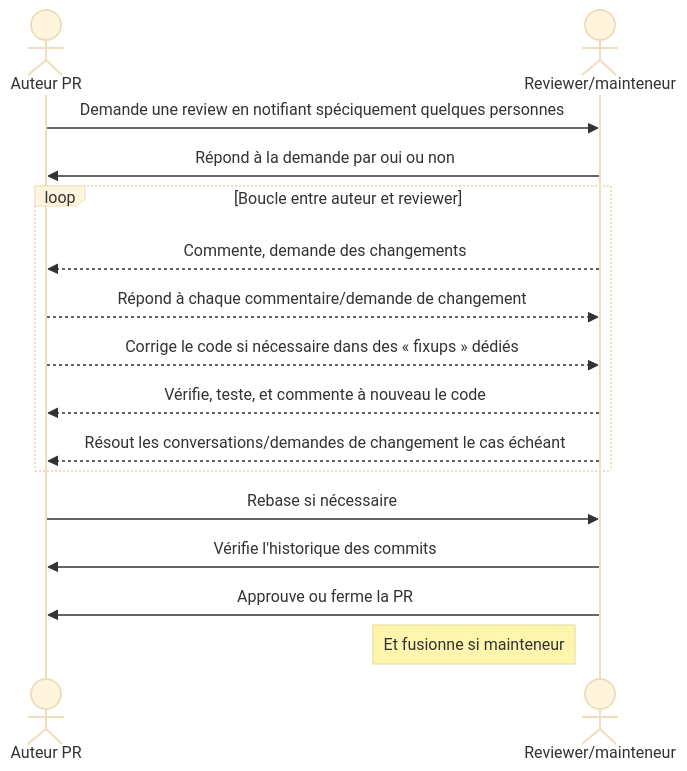
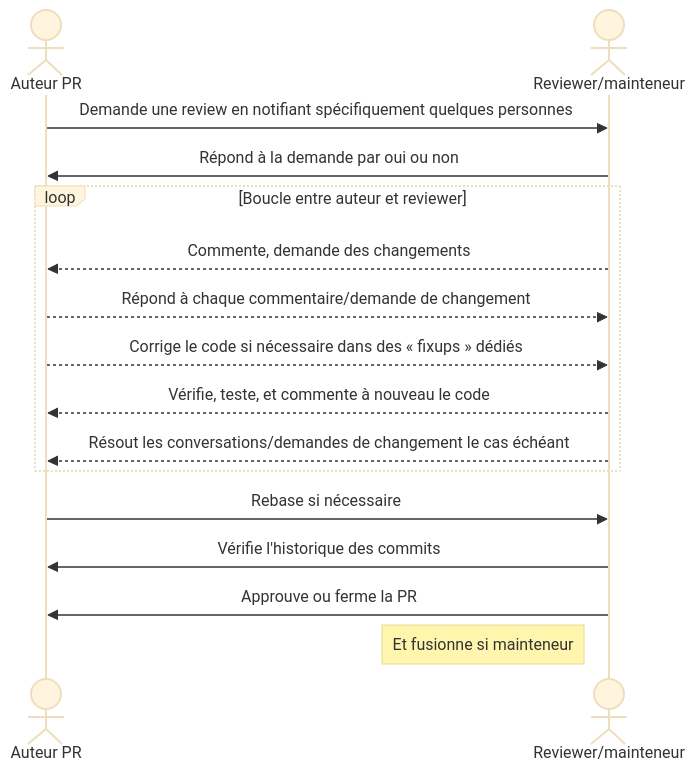
The diagram in content/docs/guides/contribute/review-process.fr.md (OpenRailAssociation/osrd-website), drawn with Mermaid (base theme) before and after one commit. The commit also changed 18 other files, not shown here.

````diff
--- a/content/docs/guides/contribute/review-process.fr.md
+++ b/content/docs/guides/contribute/review-process.fr.md
@@ -8,21 +8,21 @@
 ```mermaid
 sequenceDiagram
   actor A as Auteur PR
   actor R as Reviewer/mainteneur
 
-  A->>R: Demande une review en notifiant spéciquement quelques personnes
+  A->>R: Demande une review en notifiant spécifiquement quelques personnes
   R->>A: Répond à la demande par oui ou non
 
   loop Boucle entre auteur et reviewer
     R-->>A: Commente, demande des changements
     A-->>R: Répond à chaque commentaire/demande de changement
     A-->>R: Corrige le code si nécessaire dans des « fixups » dédiés
     R-->>A: Vérifie, teste, et commente à nouveau le code
     R-->>A: Résout les conversations/demandes de changement le cas échéant
   end
 
   A->>R: Rebase si nécessaire
   R->>A: Vérifie l'historique des commits
   R->>A: Approuve ou ferme la PR
   Note left of R: Et fusionne si mainteneur
 ```
````
